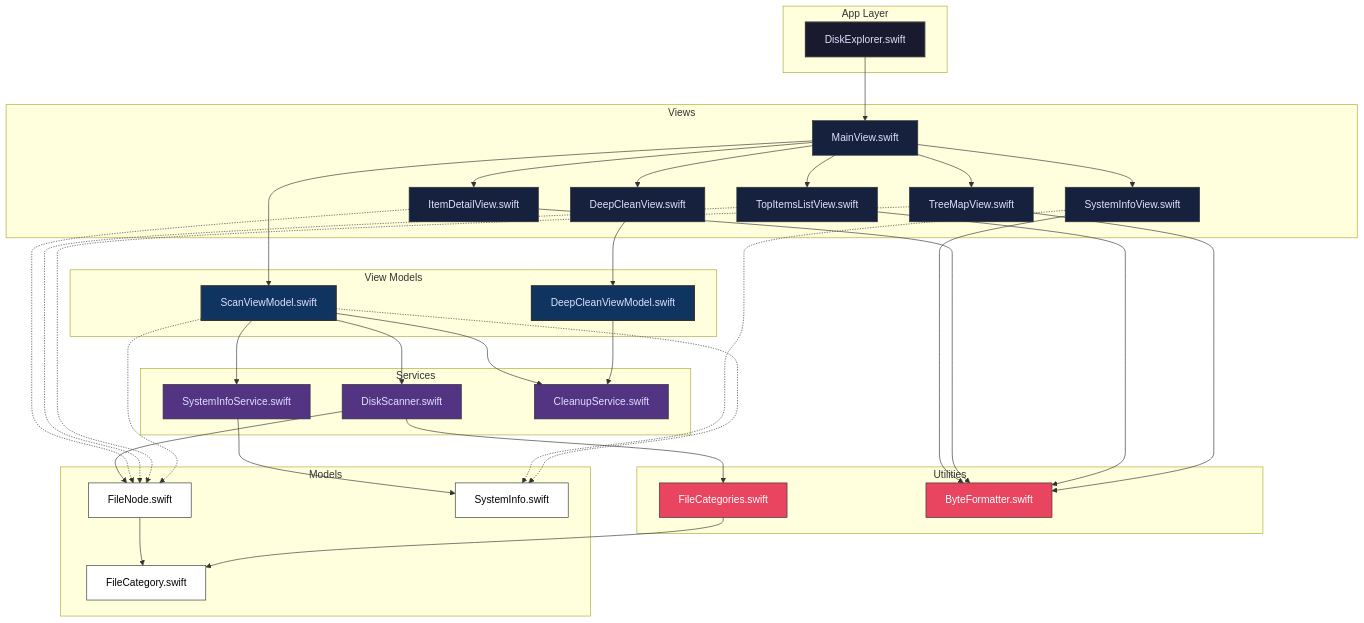
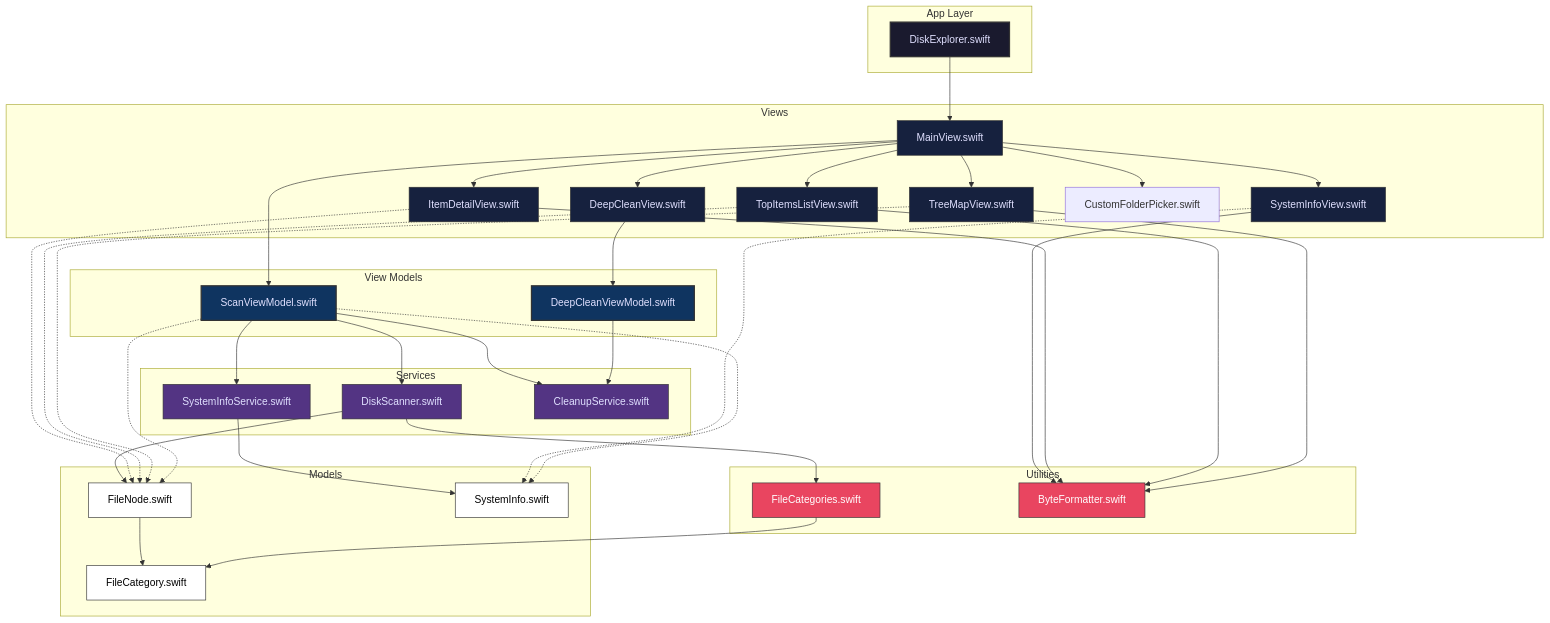
One commit to ssray23/Disk-Explorer changed the diagram in README.md. Above: the diagram before and after it, drawn with Mermaid. The commit also changed other lines of this file and 2 other files, not shown here.

Commit message:
docs: Update documentation for custom folder picker, drag-and-drop features, and selection optimizations

```diff
--- a/README.md
+++ b/README.md
@@ -20,6 +20,7 @@
         List[TopItemsListView.swift]
         Detail[ItemDetailView.swift]
         DeepClean[DeepCleanView.swift]
+        Picker[CustomFolderPicker.swift]
     end
 
     subgraph View Models
@@ -53,6 +54,7 @@
     Main --> List
     Main --> Detail
     Main --> DeepClean
+    Main --> Picker
     
     DeepClean --> DCVM
     DCVM --> CleanSvc
```
